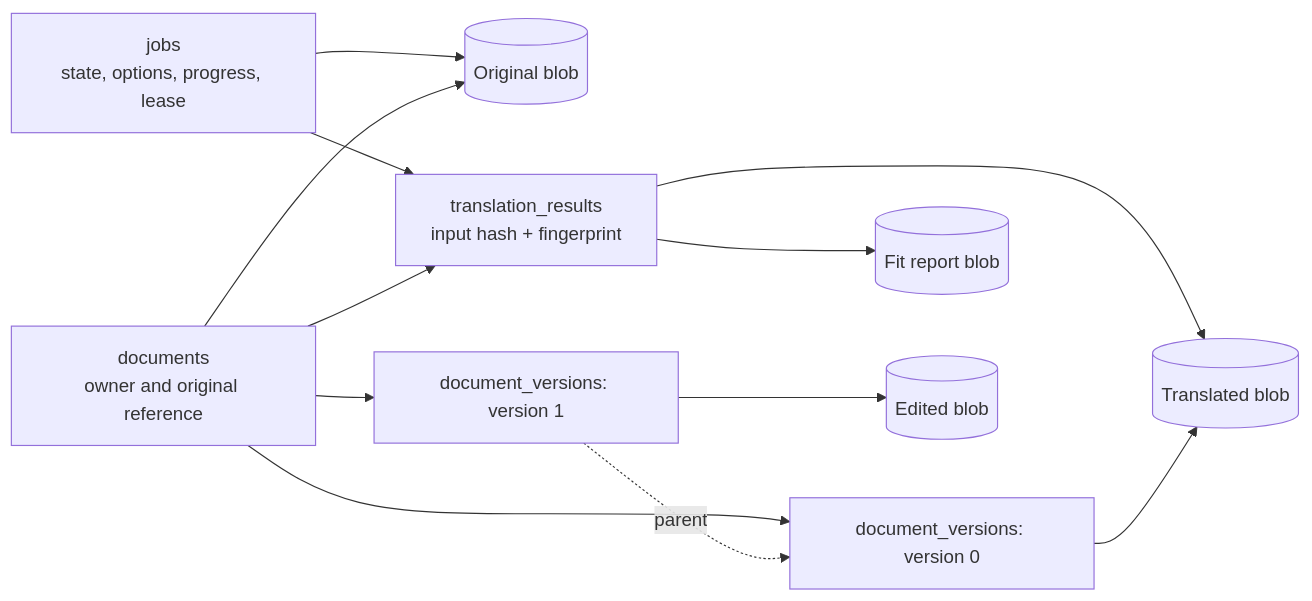
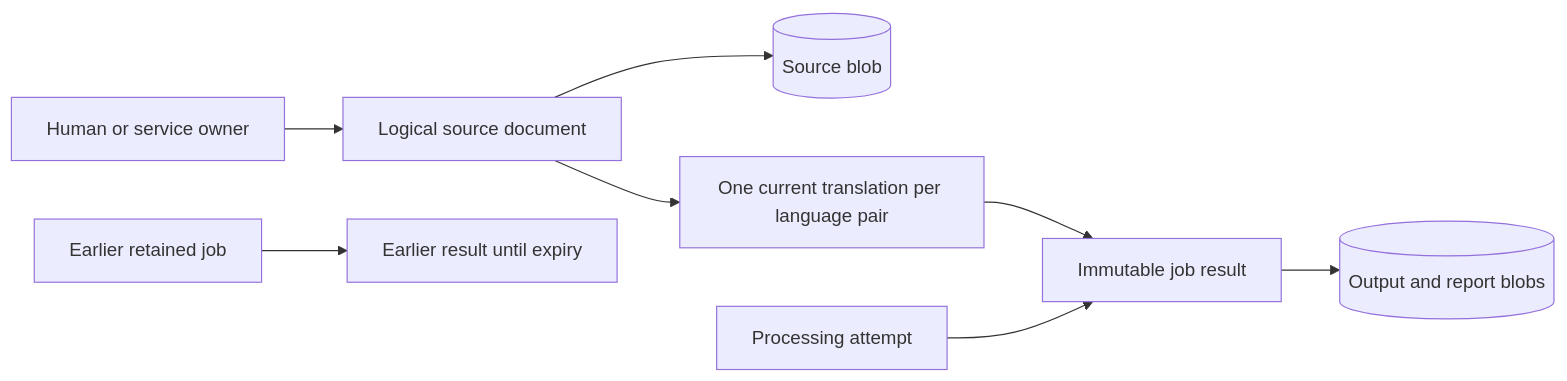
The ninth of 18 diagrams in docs/Architecture.md (mlei06/document-translator), drawn with Mermaid before and after one commit. The commit also changed other lines of this file and 19 other files, not shown here.

````diff
--- a/docs/Architecture.md
+++ b/docs/Architecture.md
@@ -378,14 +351,10 @@
 ```mermaid
 flowchart LR
-    JOB["jobs<br/>state, options, progress, lease"] --> INPUT[("Original blob")]
-    JOB --> RESULT["translation_results<br/>input hash + fingerprint"]
-    DOC["documents<br/>owner and original reference"] --> INPUT
-    DOC --> RESULT
-    DOC --> V0["document_versions: version 0"]
-    RESULT --> OUT[("Translated blob")]
-    RESULT --> REPORT[("Fit report blob")]
-    V0 --> OUT
-    DOC --> V1["document_versions: version 1"]
-    V1 --> EDIT[("Edited blob")]
-    V1 -.->|parent| V0
+    OWNER["Human or service owner"] --> DOC["Logical source document"]
+    DOC --> INPUT[("Source blob")]
+    DOC --> SLOT["One current translation per language pair"]
+    SLOT --> RESULT["Immutable job result"]
+    JOB["Processing attempt"] --> RESULT
+    RESULT --> OUTPUT[("Output and report blobs")]
+    OLDJOB["Earlier retained job"] --> OLD["Earlier result until expiry"]
 ```
````
